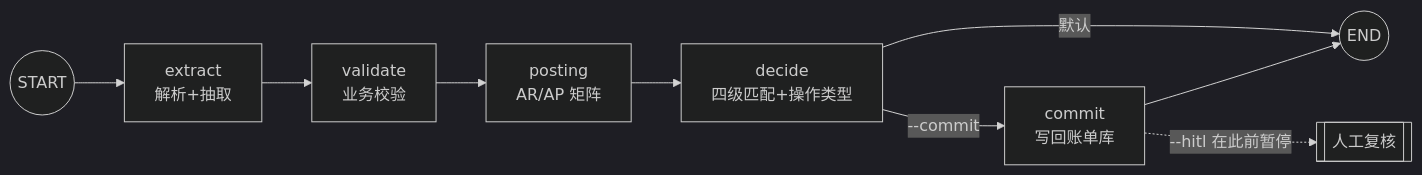
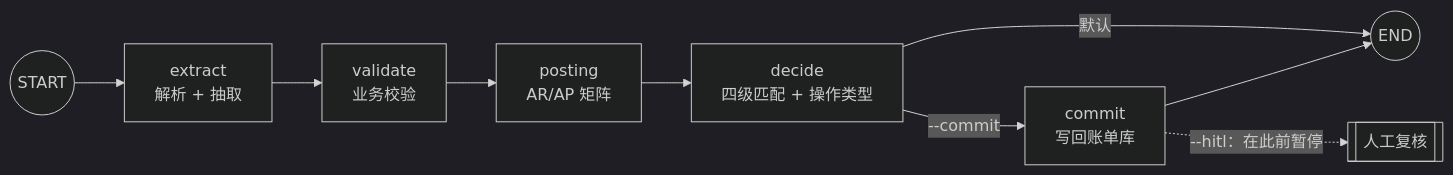
The diagram in docs/graph.md (whDonline/sailbill-agent), drawn with Mermaid (dark theme) before and after one commit. The commit also changed other lines of this file and 9 other files, not shown here.

First line of the commit message:
refactor(graph): 切换为单一 LangGraph 引擎，移除 classic 顺序管线与 --engine 开关

````diff
--- a/docs/graph.md
+++ b/docs/graph.md
@@ -15,11 +8,11 @@
 ```mermaid
 flowchart LR
-    S((START)) --> E[extract<br/>解析+抽取]
+    S((START)) --> E[extract<br/>解析 + 抽取]
     E --> V[validate<br/>业务校验]
     V --> P[posting<br/>AR/AP 矩阵]
-    P --> D[decide<br/>四级匹配+操作类型]
+    P --> D[decide<br/>四级匹配 + 操作类型]
     D -->|--commit| C[commit<br/>写回账单库]
     D -->|默认| X((END))
     C --> X
-    C -.->|--hitl 在此前暂停| H[[人工复核]]
+    C -.->|--hitl：在此前暂停| H[[人工复核]]
 ```
````
